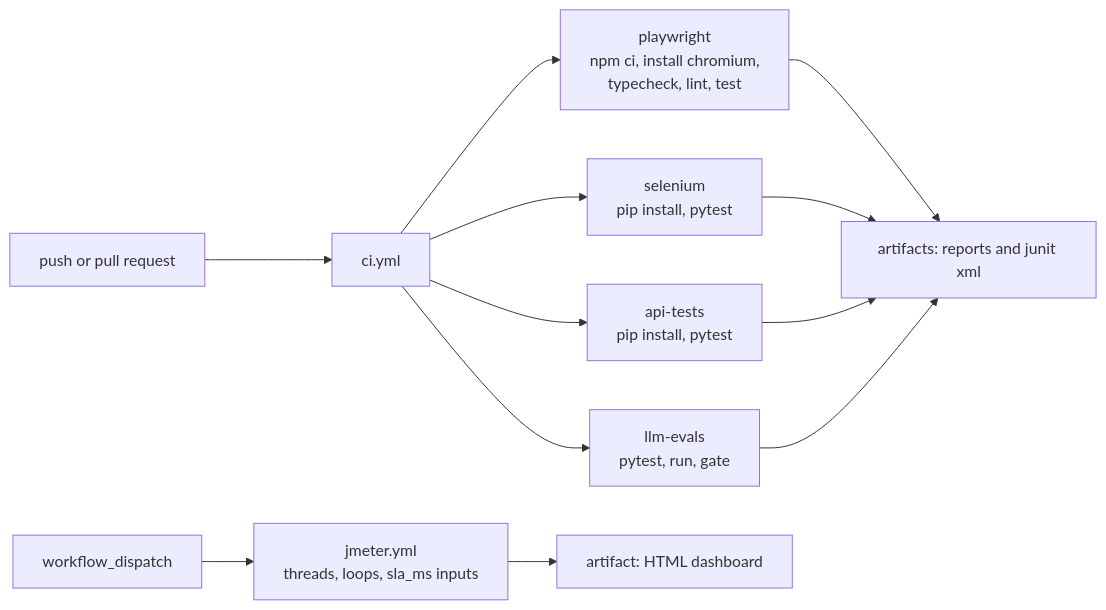
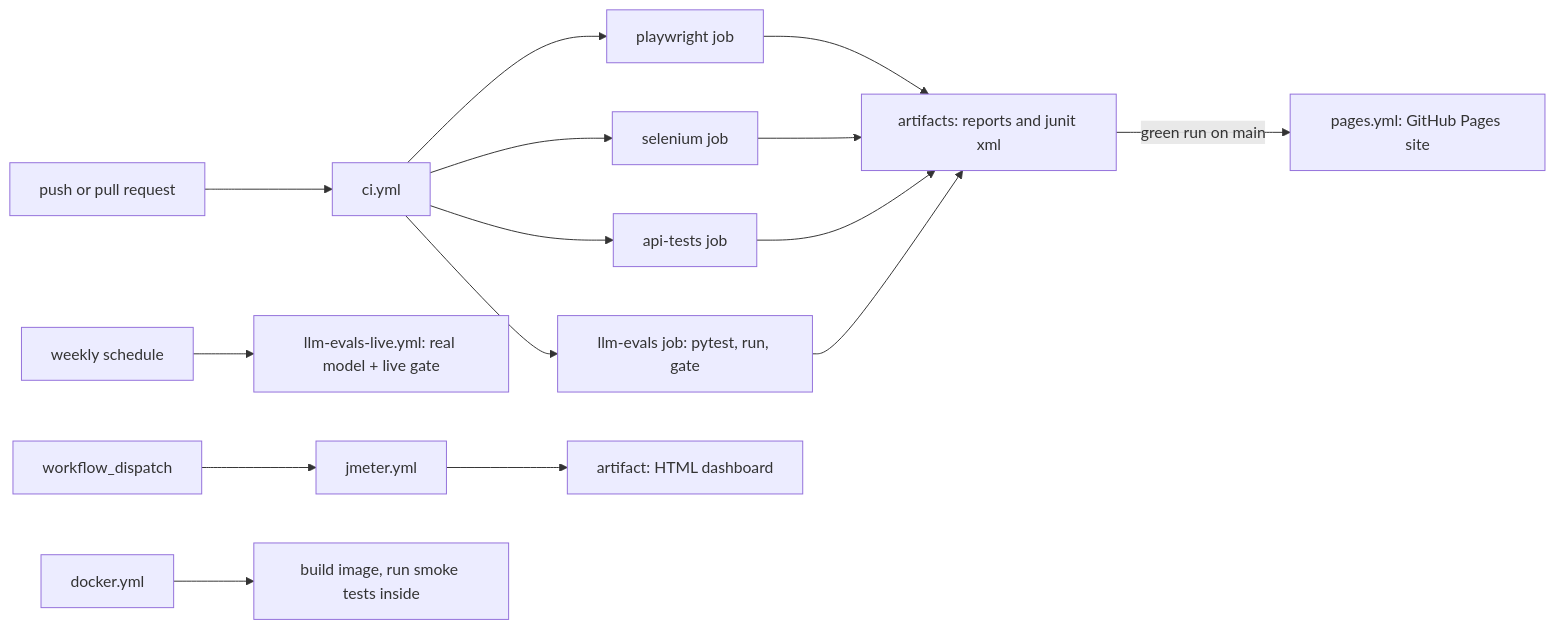
One commit to EarlFernandes/qa-automation-portfolio changed the ninth of 9 diagrams in docs/architecture.md. Above: the diagram before and after it, drawn with Mermaid. The commit also changed other lines of this file and 35 other files, not shown here.

Commit message:
Add self-healing locators, a11y scans, visual tests, live LLM evals, Pages reports, Docker

````diff
--- a/docs/architecture.md
+++ b/docs/architecture.md
@@ -124,11 +149,14 @@
 ```mermaid
 flowchart LR
     PUSH["push or pull request"] --> CI["ci.yml"]
-    CI --> J1["playwright<br/>npm ci, install chromium,<br/>typecheck, lint, test"]
-    CI --> J2["selenium<br/>pip install, pytest"]
-    CI --> J3["api-tests<br/>pip install, pytest"]
-    CI --> J4["llm-evals<br/>pytest, run, gate"]
+    CI --> J1["playwright job"]
+    CI --> J2["selenium job"]
+    CI --> J3["api-tests job"]
+    CI --> J4["llm-evals job: pytest, run, gate"]
     J1 & J2 & J3 & J4 --> ART["artifacts: reports and junit xml"]
-    MANUAL["workflow_dispatch"] --> JM["jmeter.yml<br/>threads, loops, sla_ms inputs"]
+    ART -->|"green run on main"| PAGES["pages.yml: GitHub Pages site"]
+    SCHED["weekly schedule"] --> LIVE["llm-evals-live.yml: real model + live gate"]
+    MANUAL["workflow_dispatch"] --> JM["jmeter.yml"]
     JM --> DASH["artifact: HTML dashboard"]
+    DOCK["docker.yml"] --> IMG["build image, run smoke tests inside"]
 ```
````
